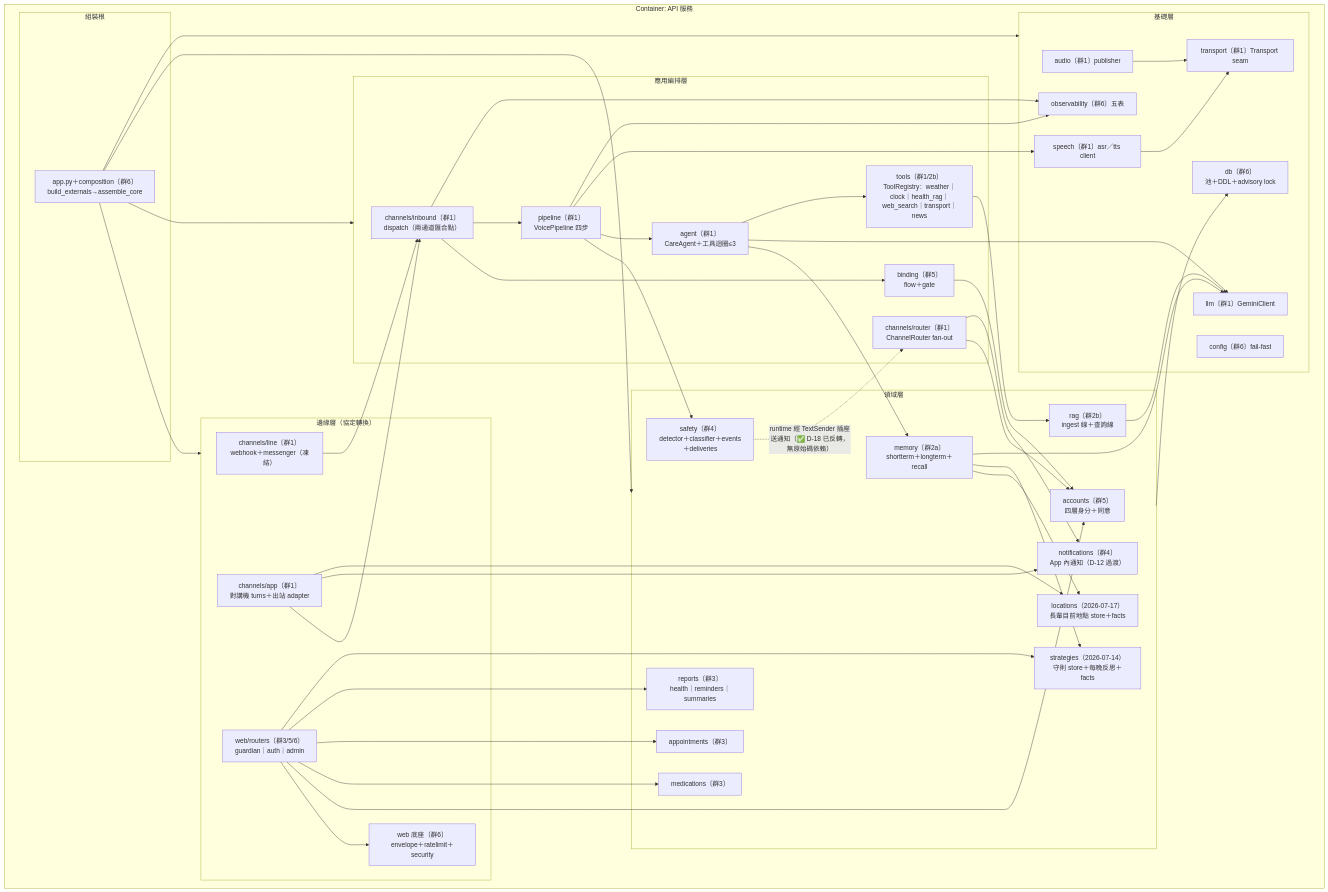
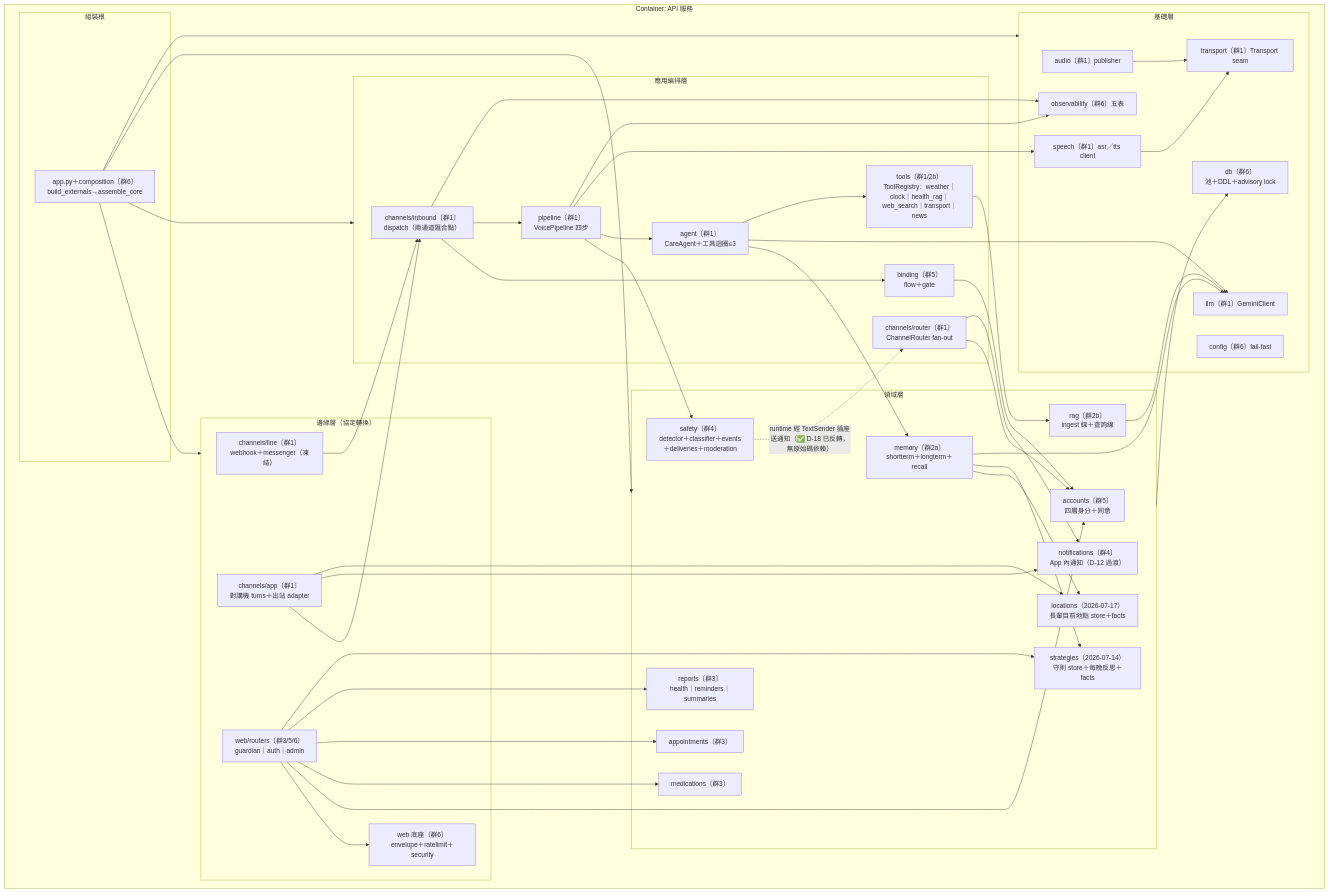
Before and after one commit to leo53021313/kinsun: the fourth of 11 diagrams in docs/dev/05_架構與設計.md, drawn with Mermaid. The commit also changed other lines of this file and 6 other files, not shown here.

````diff
--- a/docs/dev/05_架構與設計.md
+++ b/docs/dev/05_架構與設計.md
@@ -167,73 +167,73 @@
 ```mermaid
 flowchart TD
     subgraph container["Container: API 服務"]
         subgraph root["組裝根"]
             comp["app.py＋composition〔群6〕<br/>build_externals→assemble_core"]
         end
         subgraph edge["邊緣層（協定轉換）"]
             linech["channels/line〔群1〕<br/>webhook＋messenger（凍結）"]
             appch["channels/app〔群1〕<br/>對講機 turns＋出站 adapter"]
             webapi["web/routers〔群3/5/6〕<br/>guardian｜auth｜admin"]
             webbase["web 底座〔群6〕<br/>envelope＋ratelimit＋security"]
         end
         subgraph orch["應用編排層"]
             inbound["channels/inbound〔群1〕<br/>dispatch（兩通道匯合點）"]
             pipeline["pipeline〔群1〕<br/>VoicePipeline 四步"]
             agent["agent〔群1〕<br/>CareAgent＋工具迴圈≤3"]
             tools["tools〔群1/2b〕<br/>ToolRegistry：weather｜clock｜health_rag｜web_search｜transport｜news"]
             router["channels/router〔群1〕<br/>ChannelRouter fan-out"]
             binding["binding〔群5〕<br/>flow＋gate"]
         end
         subgraph domain["領域層"]
             accounts["accounts〔群5〕<br/>四層身分＋同意"]
             meds["medications〔群3〕"]
             appts["appointments〔群3〕"]
             reports["reports〔群3〕<br/>health｜reminders｜summaries"]
-            safety["safety〔群4〕<br/>detector＋classifier＋events＋deliveries"]
+            safety["safety〔群4〕<br/>detector＋classifier＋events＋deliveries＋moderation"]
             memory["memory〔群2a〕<br/>shortterm＋longterm＋recall"]
             rag["rag〔群2b〕<br/>ingest 線＋查詢線"]
             notif["notifications〔群4〕<br/>App 內通知（D-12 過渡）"]
             loc["locations（2026-07-17）<br/>長輩目前地點 store＋facts"]
             strat["strategies（2026-07-14）<br/>守則 store＋每晚反思＋facts"]
         end
         subgraph infra["基礎層"]
             dbmod["db〔群6〕<br/>池＋DDL＋advisory lock"]
             llm["llm〔群1〕GeminiClient"]
             speech["speech〔群1〕asr／tts client"]
             transport["transport〔群1〕Transport seam"]
             audio["audio〔群1〕publisher"]
             obs["observability〔群6〕五表"]
             config["config〔群6〕fail-fast"]
         end
     end
 
     comp --> edge & orch & domain & infra
     linech --> inbound
     appch --> inbound
     appch --> notif
     webapi --> webbase
     inbound --> binding
     inbound --> pipeline
     pipeline --> safety
     pipeline --> agent
     pipeline --> speech
     agent --> memory
     agent --> llm
     agent --> tools
     tools --> rag
     webapi --> accounts & meds & appts & reports
     webapi --> strat
     appch --> loc
     memory --> loc & strat
     binding --> accounts
     router --> accounts
     router --> notif
     safety -. "runtime 經 TextSender 插座送通知（✅ D-18 已反轉，無原始碼依賴）" .-> router
     domain --> dbmod
     memory --> llm
     rag --> llm
     speech --> transport
     audio --> transport
     pipeline --> obs
     inbound --> obs
 ```
````
